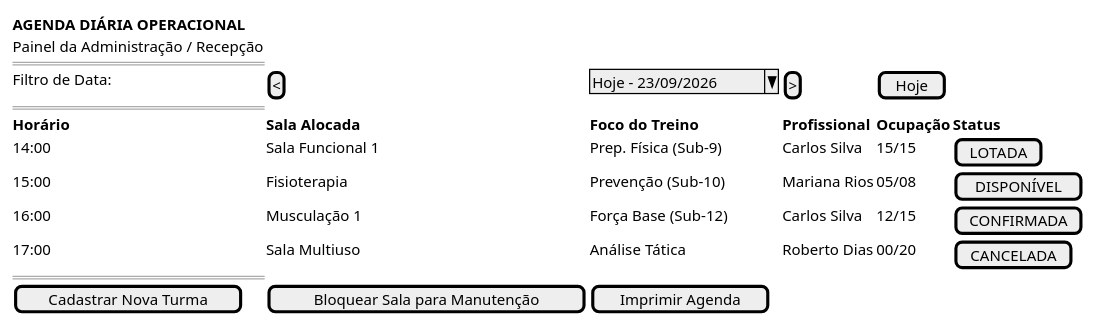
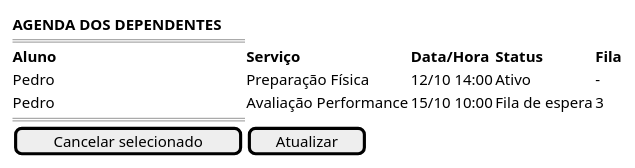
Before and after one commit to Projetos-de-Extensao/PBE_26.2_8002_II: the sixth of 7 diagrams in docs/Iniciacao/prototipo_baixa_fidelidade.md, drawn with PlantUML. The commit also changed other lines of this file and 8 other files, not shown here.

````diff
--- a/docs/Iniciacao/prototipo_baixa_fidelidade.md
+++ b/docs/Iniciacao/prototipo_baixa_fidelidade.md
@@ -183,18 +157,13 @@
 ```plantuml
 @startsalt
 {
-  <b>AGENDA DIÁRIA OPERACIONAL
-  Painel da Administração / Recepção
+  <b>AGENDA DOS DEPENDENTES
   ==
-  Filtro de Data: | [<] | ^Hoje - 23/09/2026^ | [>] | [ Hoje ]
+  <b>Aluno | <b>Serviço             | <b>Data/Hora     | <b>Status          | <b>Fila
+  Pedro    | Preparação Física     | 12/10 14:00      | Ativo              | -
+  Pedro    | Avaliação Performance | 15/10 10:00      | Fila de espera     | 3
   ==
-  <b>Horário | <b>Sala Alocada | <b>Foco do Treino | <b>Profissional | <b>Ocupação | <b>Status
-  14:00 | Sala Funcional 1 | Prep. Física (Sub-9) | Carlos Silva | 15/15 | [ LOTADA ]
-  15:00 | Fisioterapia     | Prevenção (Sub-10)   | Mariana Rios | 05/08 | [ DISPONÍVEL ]
-  16:00 | Musculação 1     | Força Base (Sub-12)  | Carlos Silva | 12/15 | [ CONFIRMADA ]
-  17:00 | Sala Multiuso    | Análise Tática       | Roberto Dias | 00/20 | [ CANCELADA ]
-  ==
-  [ Cadastrar Nova Turma ] | [ Bloquear Sala para Manutenção ] | [ Imprimir Agenda ]
+  [ Cancelar selecionado ] | [ Atualizar ]
 }
 @endsalt
 ```
````
